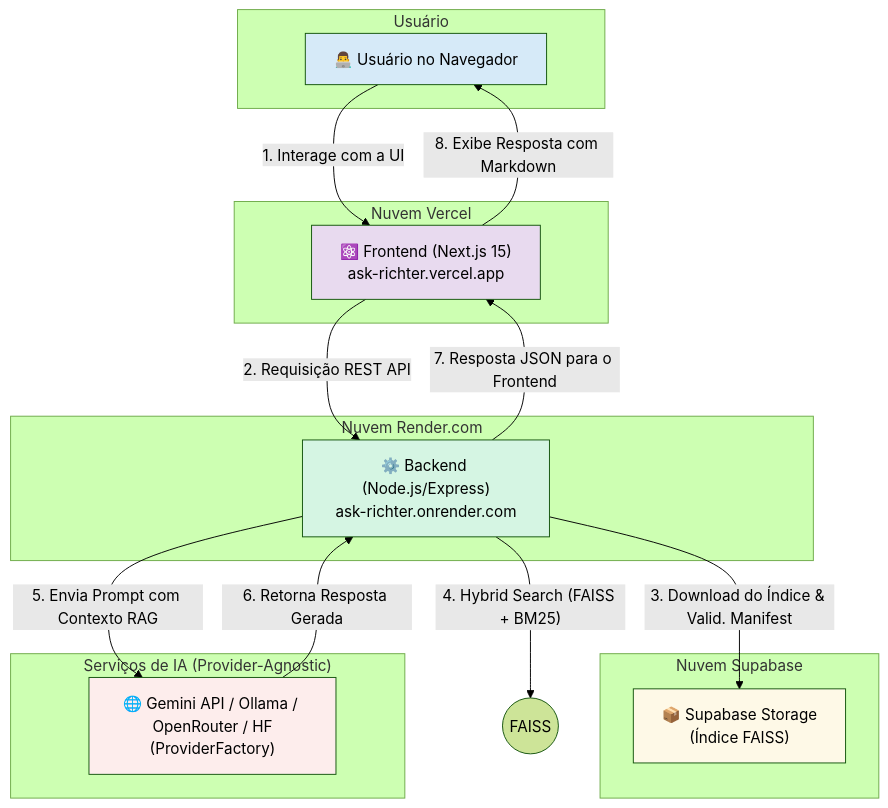
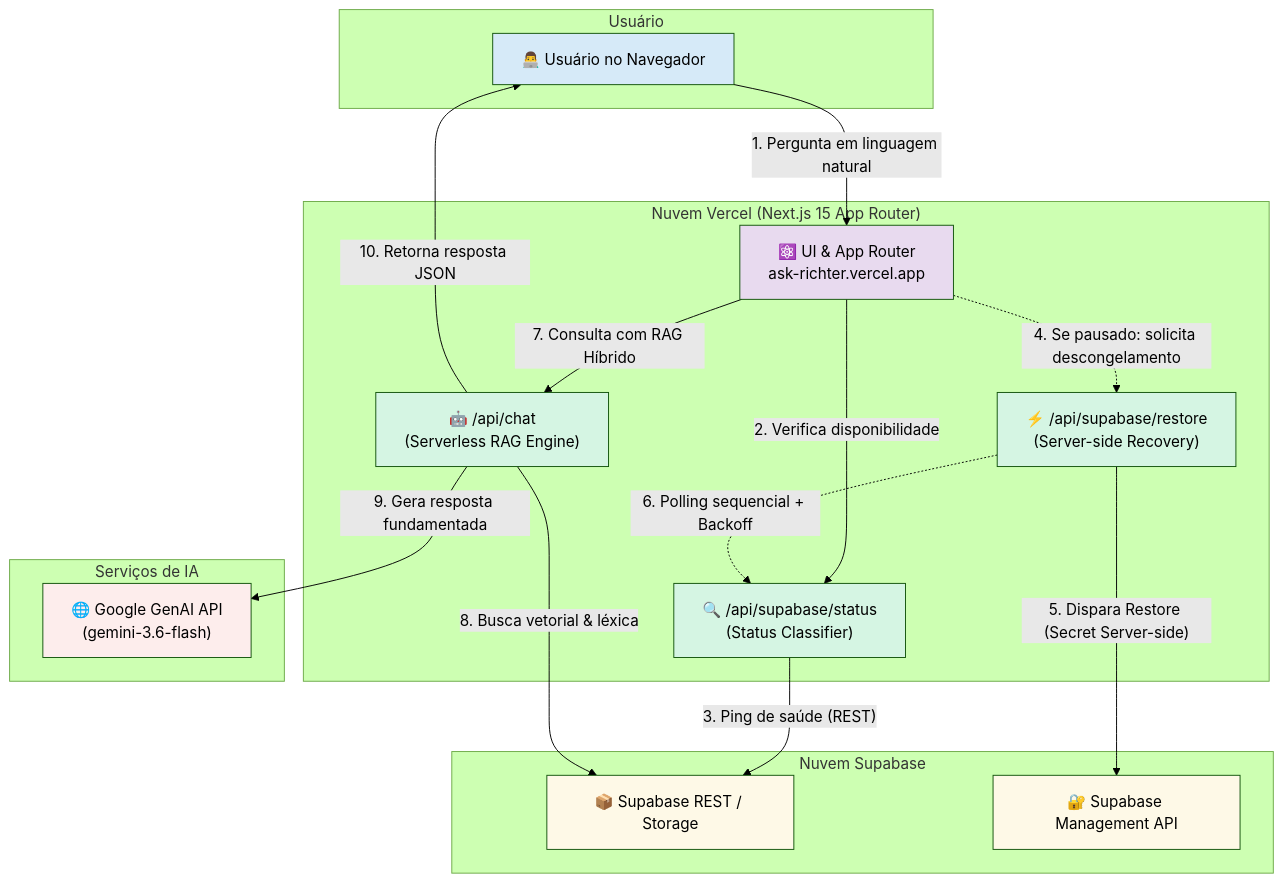
Before and after one commit to lfrichter/ask-richter: the diagram in README.md, drawn with Mermaid (forest theme). The commit also changed other lines of this file, not shown here.

Commit message:
docs: update project README to detail RAG serverless architecture, Supabase resilience, and updated tech stack

````diff
--- a/README.md
+++ b/README.md
@@ -84,37 +78,44 @@
 ```mermaid
 graph TD
     subgraph "Usuário"
-        User[👨‍💻 Usuário no Navegador]
+        User["👨‍💻 Usuário no Navegador"]
     end
 
-    subgraph "Nuvem Vercel"
-        Frontend["⚛️ Frontend (Next.js 15)<br>ask-richter.vercel.app"]
-    end
-
-    subgraph "Nuvem Render.com"
-        Backend["⚙️ Backend (Node.js/Express)<br>ask-richter.onrender.com"]
+    subgraph "Nuvem Vercel (Next.js 15 App Router)"
+        Frontend["⚛️ UI & App Router<br>ask-richter.vercel.app"]
+        StatusApi["🔍 /api/supabase/status<br>(Status Classifier)"]
+        RestoreApi["⚡ /api/supabase/restore<br>(Server-side Recovery)"]
+        ChatApi["🤖 /api/chat<br>(Serverless RAG Engine)"]
     end
 
     subgraph "Nuvem Supabase"
-        SupabaseDB["📦 Supabase Storage<br>(Índice FAISS)"]
+        SupabaseREST["📦 Supabase REST / Storage"]
+        SupabaseMgmt["🔐 Supabase Management API"]
     end
 
-    subgraph "Serviços de IA (Provider-Agnostic)"
-        AI_API["🌐 Gemini API / Ollama / OpenRouter / HF<br>(ProviderFactory)"]
+    subgraph "Serviços de IA"
+        GeminiAPI["🌐 Google GenAI API<br>(gemini-3.6-flash)"]
     end
 
-    User -- "1. Interage com a UI" --> Frontend
-    Frontend -- "2. Requisição REST API" --> Backend
-    Backend -- "3. Download do Índice & Valid. Manifest" --> SupabaseDB
-    Backend -- "4. Hybrid Search (FAISS + BM25)" --> faiss((FAISS))
-    Backend -- "5. Envia Prompt com Contexto RAG" --> AI_API
-    AI_API -- "6. Retorna Resposta Gerada" --> Backend
-    Backend -- "7. Resposta JSON para o Frontend" --> Frontend
-    Frontend -- "8. Exibe Resposta com Markdown" --> User
+    User -- "1. Pergunta em linguagem natural" --> Frontend
+    Frontend -- "2. Verifica disponibilidade" --> StatusApi
+    StatusApi -- "3. Ping de saúde (REST)" --> SupabaseREST
+
+    Frontend -. "4. Se pausado: solicita descongelamento" .-> RestoreApi
+    RestoreApi -- "5. Dispara Restore (Secret Server-side)" --> SupabaseMgmt
+    RestoreApi -. "6. Polling sequencial + Backoff" .-> StatusApi
+
+    Frontend -- "7. Consulta com RAG Híbrido" --> ChatApi
+    ChatApi -- "8. Busca vetorial & léxica" --> SupabaseREST
+    ChatApi -- "9. Gera resposta fundamentada" --> GeminiAPI
+    ChatApi -- "10. Retorna resposta JSON" --> User
 
     style User fill:#D6EAF8
     style Frontend fill:#E8DAEF
-    style Backend fill:#D5F5E3
-    style SupabaseDB fill:#FEF9E7
-    style AI_API fill:#FDEDEC
+    style StatusApi fill:#D5F5E3
+    style RestoreApi fill:#D5F5E3
+    style ChatApi fill:#D5F5E3
+    style SupabaseREST fill:#FEF9E7
+    style SupabaseMgmt fill:#FEF9E7
+    style GeminiAPI fill:#FDEDEC
 ```
````
